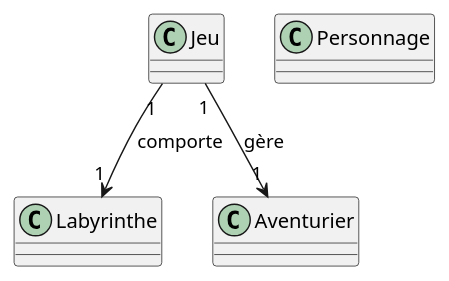
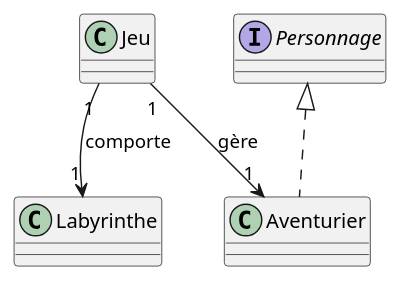
The diagram in projet_zeldiablo/documents/version_1/Q5.puml (lucas-martinati-pro/SAE_S2.01_Zeldiablo-LucasM_JeanLM_PierreGSV), drawn with PlantUML before and after one commit.

Commit message:
edit: Modification du diagramme de classe Q5

```diff
--- a/projet_zeldiablo/documents/version_1/Q5.puml
+++ b/projet_zeldiablo/documents/version_1/Q5.puml
@@ -1,10 +1,12 @@
 @startuml
 '''classes
 class Jeu
-class Personnage
-class  Labyrinthe
+interface Personnage
+class Aventurier
+class Labyrinthe
 
 '''relations
 Jeu "1" --> "1" Labyrinthe : comporte
 Jeu "1" --> "1" Aventurier : gère
+Personnage <|.. Aventurier
 @enduml
```
